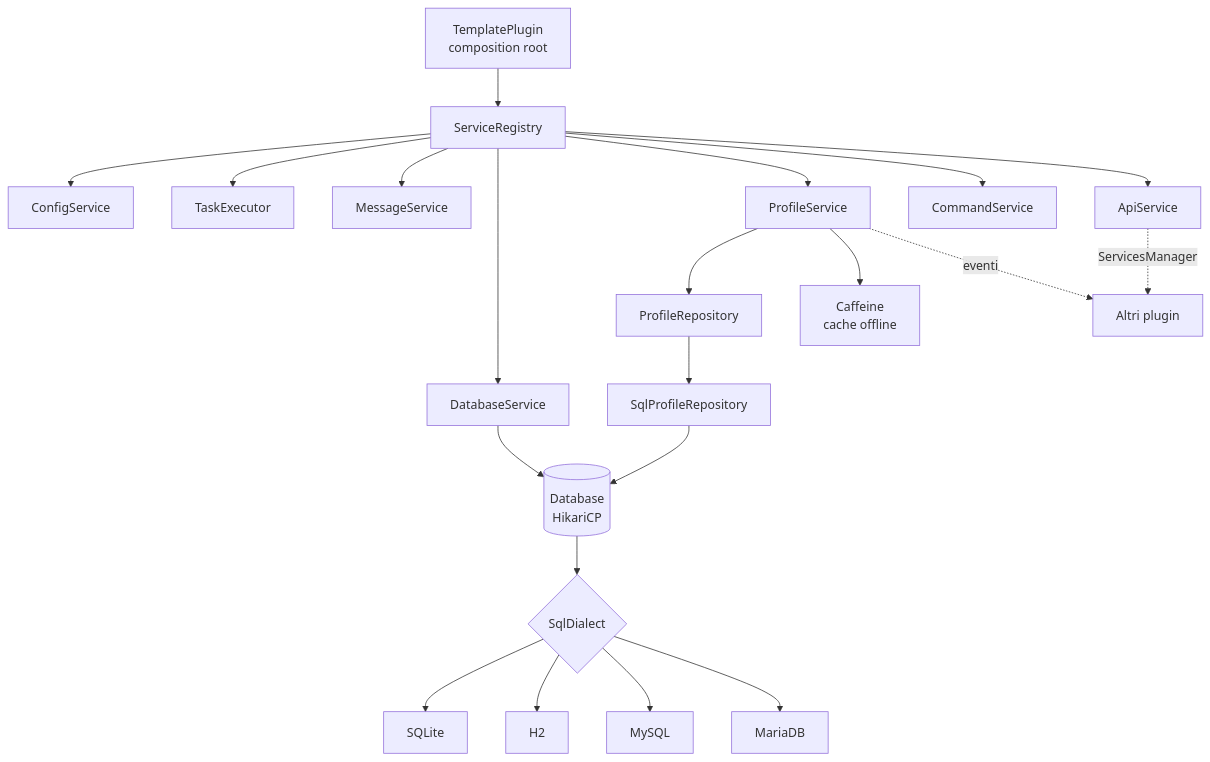
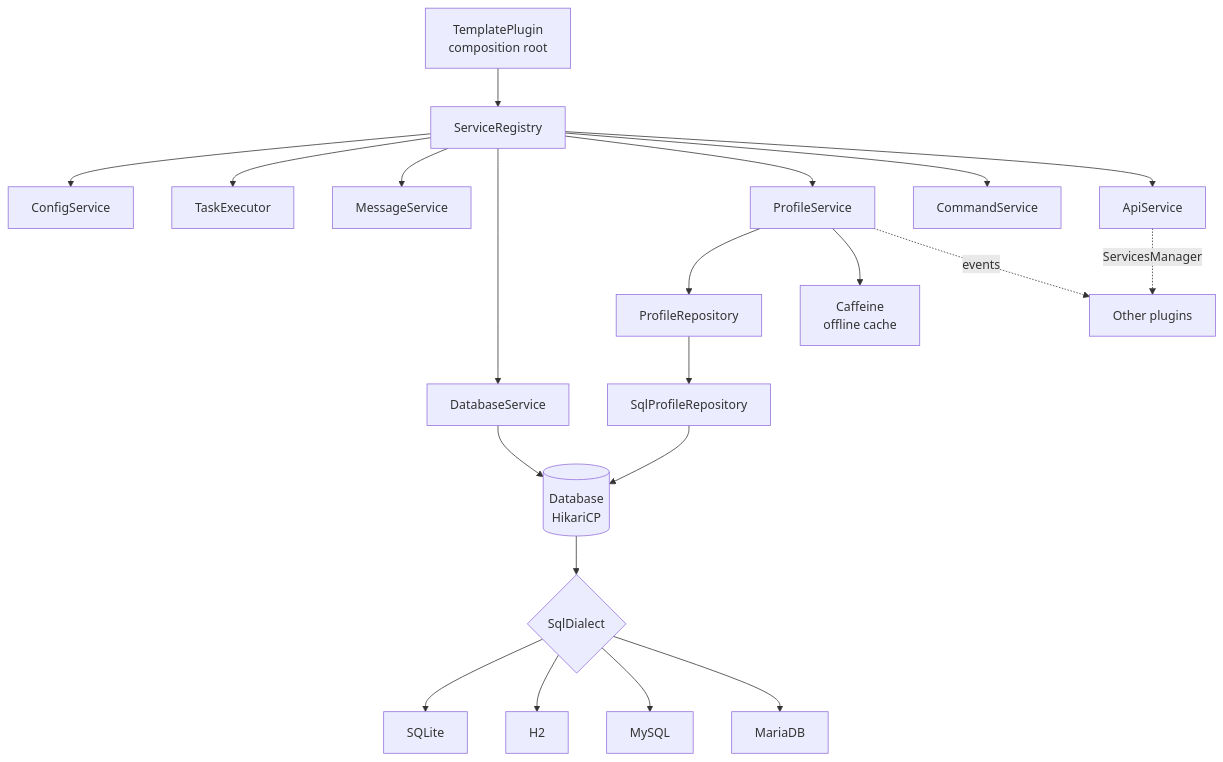
One commit to imBuzz/Plugin-Template changed the diagram in README.md. Above: the diagram before and after it, drawn with Mermaid. The commit also changed other lines of this file, not shown here.

````diff
--- a/README.md
+++ b/README.md
@@ -93,26 +93,26 @@
 ```mermaid
 flowchart TD
     P[TemplatePlugin<br/>composition root] --> R[ServiceRegistry]
     R --> C[ConfigService]
     R --> X[TaskExecutor]
     R --> M[MessageService]
     R --> D[DatabaseService]
     R --> PS[ProfileService]
     R --> CS[CommandService]
     R --> A[ApiService]
 
     D --> DB[(Database<br/>HikariCP)]
     DB --> DI{SqlDialect}
     DI --> S1[SQLite]
     DI --> S2[H2]
     DI --> S3[MySQL]
     DI --> S4[MariaDB]
 
     PS --> REPO[ProfileRepository]
     REPO --> SQL[SqlProfileRepository]
     SQL --> DB
-    PS --> CAF[Caffeine<br/>cache offline]
+    PS --> CAF[Caffeine<br/>offline cache]
 
-    A -. ServicesManager .-> EXT[Altri plugin]
-    PS -. eventi .-> EXT
+    A -. ServicesManager .-> EXT[Other plugins]
+    PS -. events .-> EXT
 ```
````
